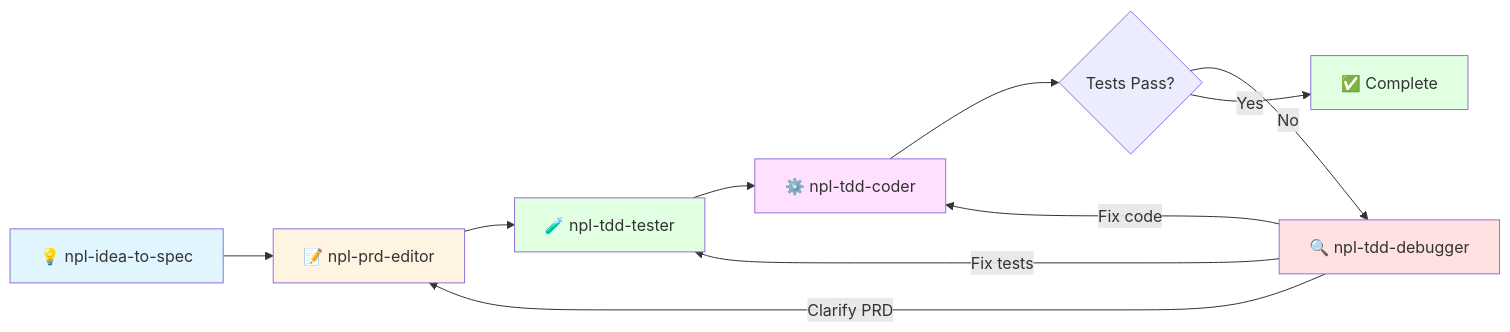
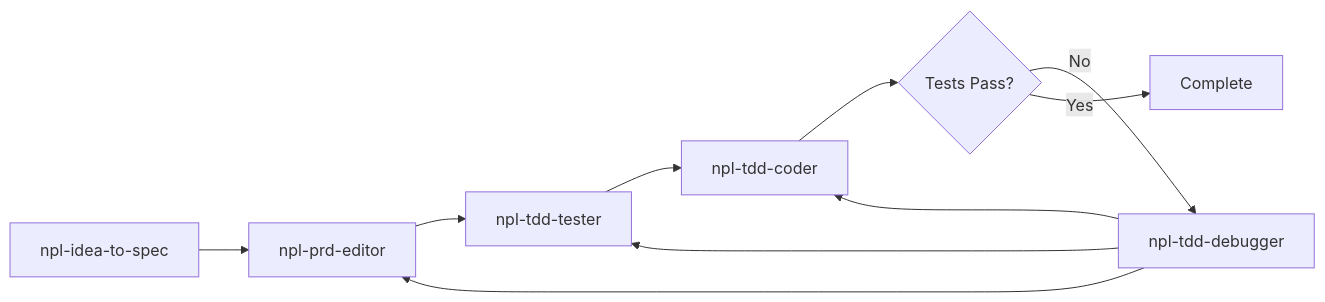
Before and after one commit to noizu-labs-ml/NoizuPromptLingo: the diagram in CLAUDE.md, drawn with Mermaid. The commit also changed other lines of this file and 46 other files, not shown here.

````diff
--- a/CLAUDE.md
+++ b/CLAUDE.md
@@ -304,19 +82,10 @@
 ```mermaid
 flowchart LR
-    A[💡 npl-idea-to-spec] --> B[📝 npl-prd-editor]
-    B --> C[🧪 npl-tdd-tester]
-    C --> D[⚙️ npl-tdd-coder]
+    A[npl-idea-to-spec] --> B[npl-prd-editor]
+    B --> C[npl-tdd-tester]
+    C --> D[npl-tdd-coder]
     D --> E{Tests Pass?}
-    E -->|No| F[🔍 npl-tdd-debugger]
-    F -->|Fix tests| C
-    F -->|Clarify PRD| B
-    F -->|Fix code| D
-    E -->|Yes| G[✅ Complete]
-
-    style A fill:#e1f5ff
-    style B fill:#fff4e1
-    style C fill:#e1ffe1
-    style D fill:#ffe1ff
-    style F fill:#ffe1e1
-    style G fill:#e1ffe1
+    E -->|No| F[npl-tdd-debugger]
+    F --> C & B & D
+    E -->|Yes| G[Complete]
 ```
````
